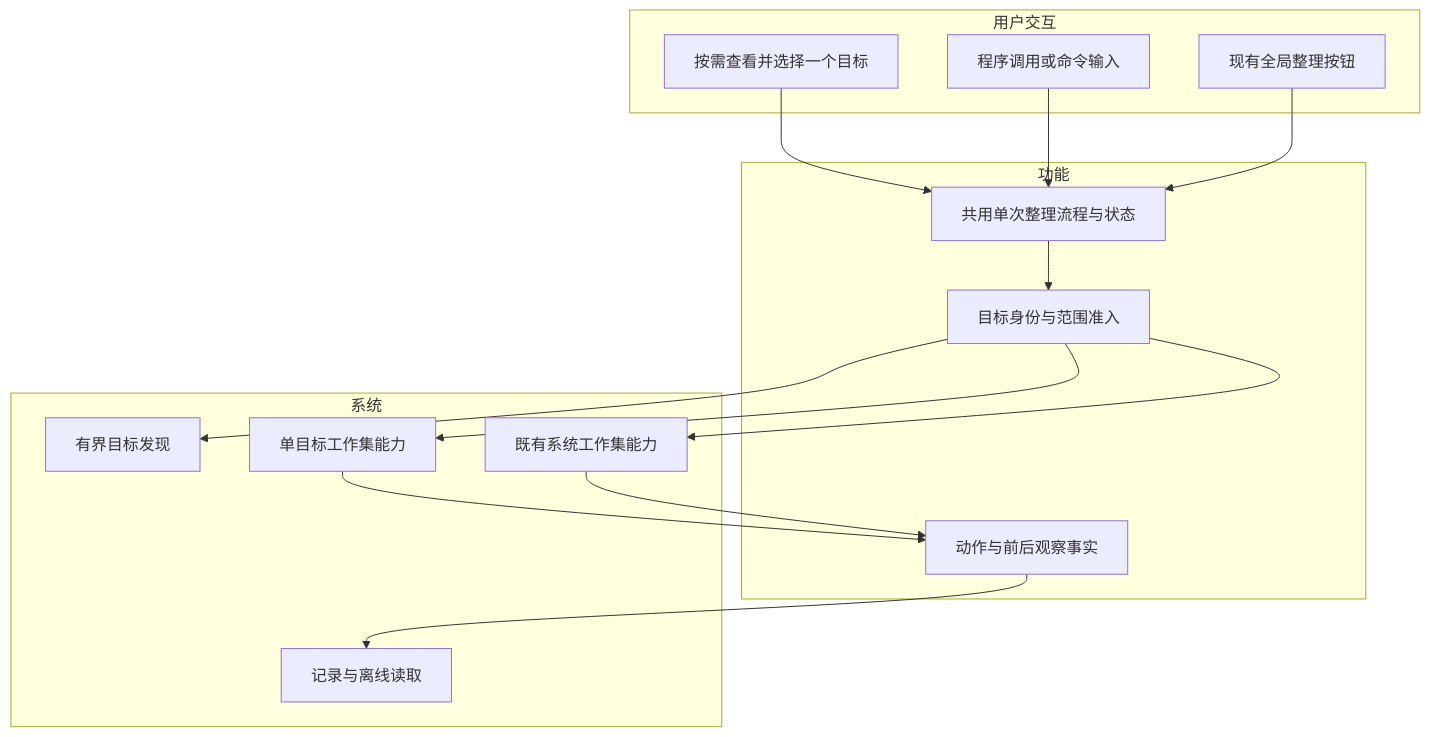
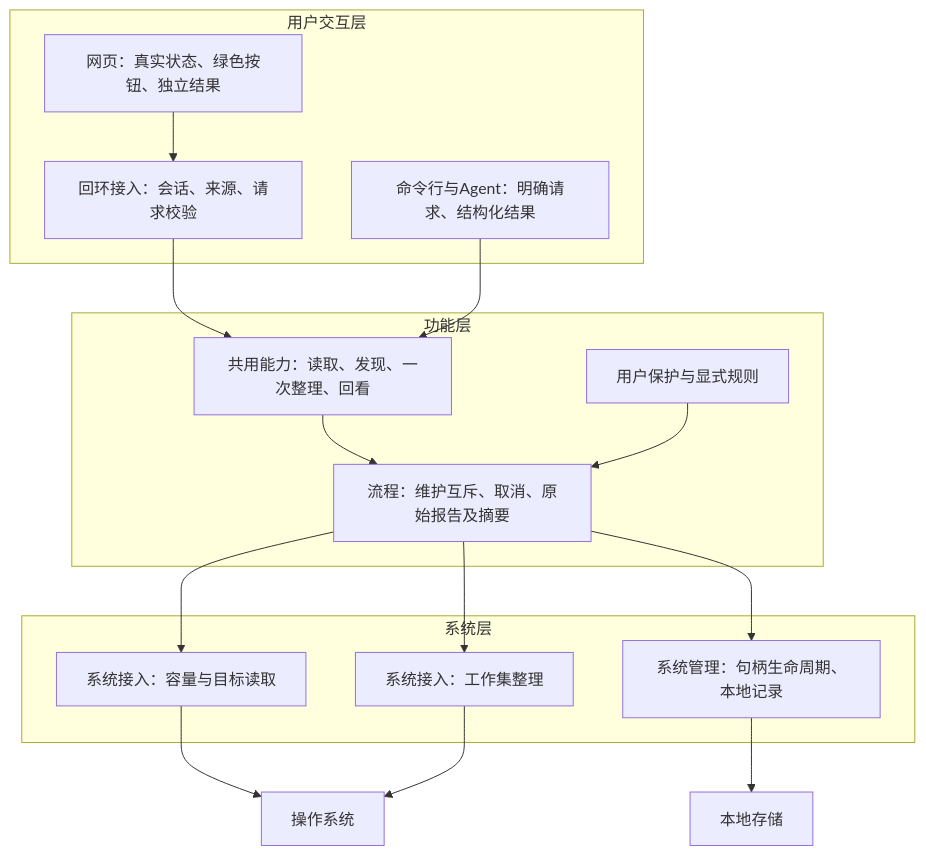
The first of 3 diagrams in docs/架构设计 Architecture Design CPU 内存清理.md (DreamSoul-AI/cpu-memory-cleanup), drawn with Mermaid before and after one commit. The commit also changed other lines of this file and 20 other files, not shown here.

````diff
--- a/docs/架构设计 Architecture Design CPU 内存清理.md
+++ b/docs/架构设计 Architecture Design CPU 内存清理.md
@@ -357,29 +11,29 @@
 ```mermaid
 flowchart TB
-    subgraph INTERACTION[用户交互]
-        SELECT[按需查看并选择一个目标]
-        TOOL[程序调用或命令输入]
-        BUTTON[现有全局整理按钮]
+    subgraph UI[用户交互层]
+      PAGE[网页：真实状态、绿色按钮、独立结果]
+      HOST[命令行与Agent：明确请求、结构化结果]
+      HTTP[回环接入：会话、来源、请求校验]
+      PAGE --> HTTP
     end
-    subgraph FUNCTION[功能]
-        FLOW[共用单次整理流程与状态]
-        IDENTITY[目标身份与范围准入]
-        FACTS[动作与前后观察事实]
+    subgraph FUNC[功能层]
+      APP[共用能力：读取、发现、一次整理、回看]
+      FLOW[流程：维护互斥、取消、原始报告及摘要]
+      POLICY[用户保护与显式规则]
+      APP --> FLOW
+      POLICY --> FLOW
     end
-    subgraph SYSTEM[系统]
-        LIST[有界目标发现]
-        PROCESS[单目标工作集能力]
-        GLOBAL[既有系统工作集能力]
-        STORE[记录与离线读取]
+    subgraph SYS[系统层]
+      READ[系统接入：容量与目标读取]
+      ACT[系统接入：工作集整理]
+      MANAGE[系统管理：句柄生命周期、本地记录]
     end
-    SELECT --> FLOW
-    TOOL --> FLOW
-    BUTTON --> FLOW
-    FLOW --> IDENTITY
-    IDENTITY --> LIST
-    IDENTITY --> PROCESS
-    IDENTITY --> GLOBAL
-    PROCESS --> FACTS
-    GLOBAL --> FACTS
-    FACTS --> STORE
+    HTTP --> APP
+    HOST --> APP
+    FLOW --> READ
+    FLOW --> ACT
+    FLOW --> MANAGE
+    READ --> OS[操作系统]
+    ACT --> OS
+    MANAGE --> STORE[本地存储]
 ```
````
